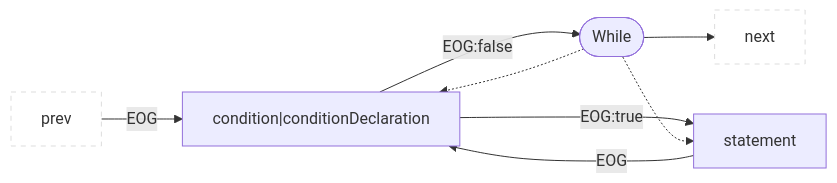
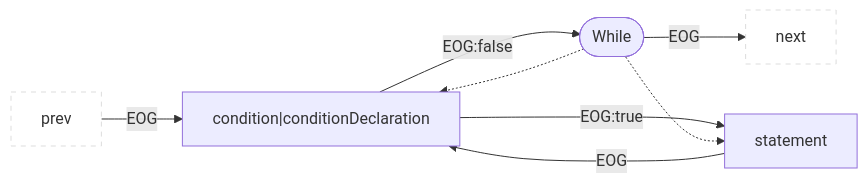
Before and after one commit to Fraunhofer-AISEC/cpg: diagram 35 of 49 in docs/docs/CPG/specs/eog.md, drawn with Mermaid.

Commit message:
Potential fix for pull request finding

````diff
--- a/docs/docs/CPG/specs/eog.md
+++ b/docs/docs/CPG/specs/eog.md
@@ -689,11 +689,11 @@
 ```mermaid
 flowchart LR
   classDef outer fill:#fff,stroke:#ddd,stroke-dasharray:5 5;
   prev:::outer --EOG--> child1["condition|conditionDeclaration"]
   child1 --EOG:false--> parent(["While"])
   child1 --EOG:true--> child3["statement"]
   child3 --EOG--> child1
-  parent --> next:::outer
+  parent --EOG--> next:::outer
   parent -.-> child1
   parent -.-> child3
 ```
````
